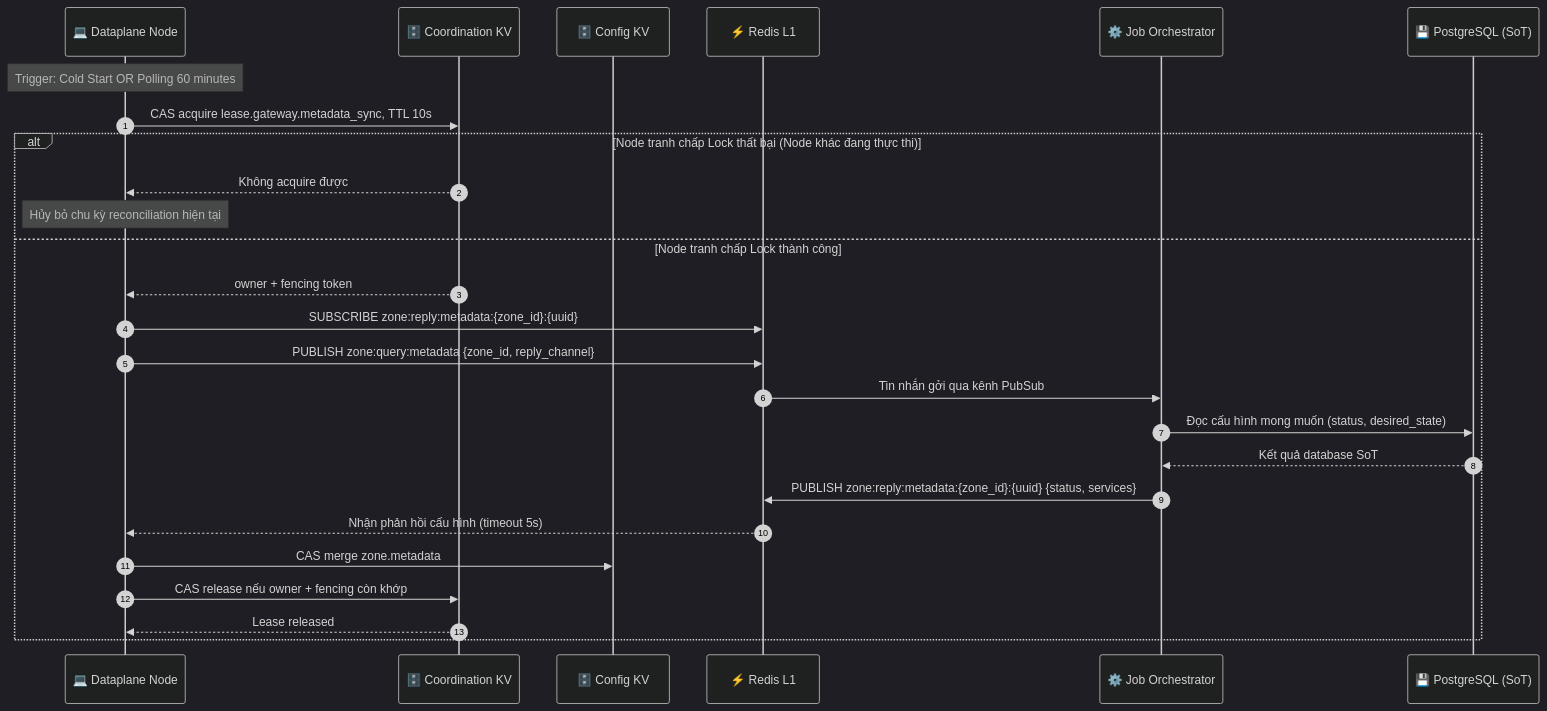
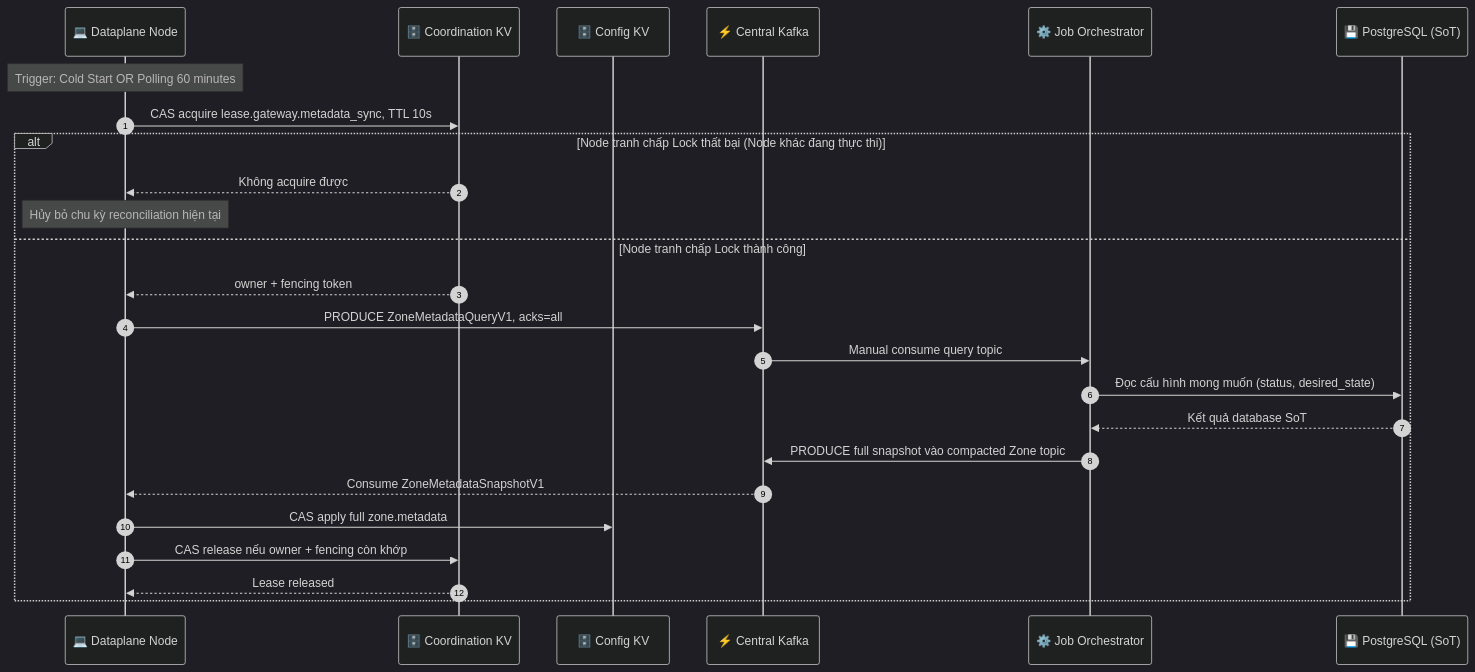
Diagram 15 of 21 in god_view/hierarchy/zone_lifecycle_god_view.md (phucle996/aurora), drawn with Mermaid (dark theme) before and after one commit. The commit also changed other lines of this file and 91 other files, not shown here.

Commit message:
feat: migrate job-orchestrator and dataplane communication from Redis PubSub to Kafka transport layer

````diff
--- a/god_view/hierarchy/zone_lifecycle_god_view.md
+++ b/god_view/hierarchy/zone_lifecycle_god_view.md
@@ -767,33 +765,30 @@
 ```mermaid
 sequenceDiagram
     autonumber
     participant DP_Node as 💻 Dataplane Node
     participant CKV as 🗄️ Coordination KV
     participant CFG as 🗄️ Config KV
-    participant L1 as ⚡ Redis L1
+    participant L1 as ⚡ Central Kafka
     participant JO as ⚙️ Job Orchestrator
     participant DB as 💾 PostgreSQL (SoT)
 
     Note over DP_Node: Trigger: Cold Start OR Polling 60 minutes
     DP_Node->>CKV: CAS acquire lease.gateway.metadata_sync, TTL 10s
     
     alt Node tranh chấp Lock thất bại (Node khác đang thực thi)
         CKV-->>DP_Node: Không acquire được
         Note over DP_Node: Hủy bỏ chu kỳ reconciliation hiện tại
     else Node tranh chấp Lock thành công
         CKV-->>DP_Node: owner + fencing token
-        DP_Node->>L1: SUBSCRIBE zone:reply:metadata:{zone_id}:{uuid}
-        DP_Node->>L1: PUBLISH zone:query:metadata {zone_id, reply_channel}
-        
-        L1->>JO: Tin nhắn gởi qua kênh PubSub
+        DP_Node->>L1: PRODUCE ZoneMetadataQueryV1, acks=all
+        L1->>JO: Manual consume query topic
         JO->>DB: Đọc cấu hình mong muốn (status, desired_state)
         DB-->>JO: Kết quả database SoT
-        JO->>L1: PUBLISH zone:reply:metadata:{zone_id}:{uuid} {status, services}
-        
-        L1-->>DP_Node: Nhận phản hồi cấu hình (timeout 5s)
-        DP_Node->>CFG: CAS merge zone.metadata
+        JO->>L1: PRODUCE full snapshot vào compacted Zone topic
+        L1-->>DP_Node: Consume ZoneMetadataSnapshotV1
+        DP_Node->>CFG: CAS apply full zone.metadata
         
         DP_Node->>CKV: CAS release nếu owner + fencing còn khớp
         CKV-->>DP_Node: Lease released
     end
 ```
````
